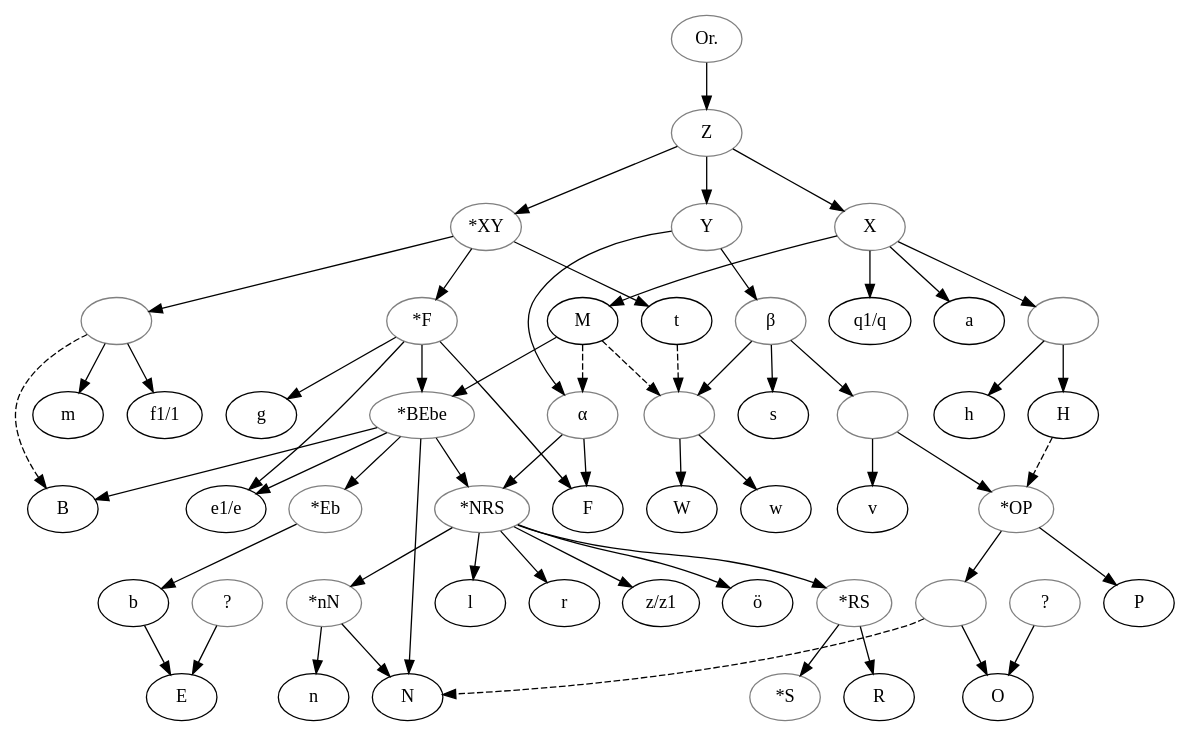
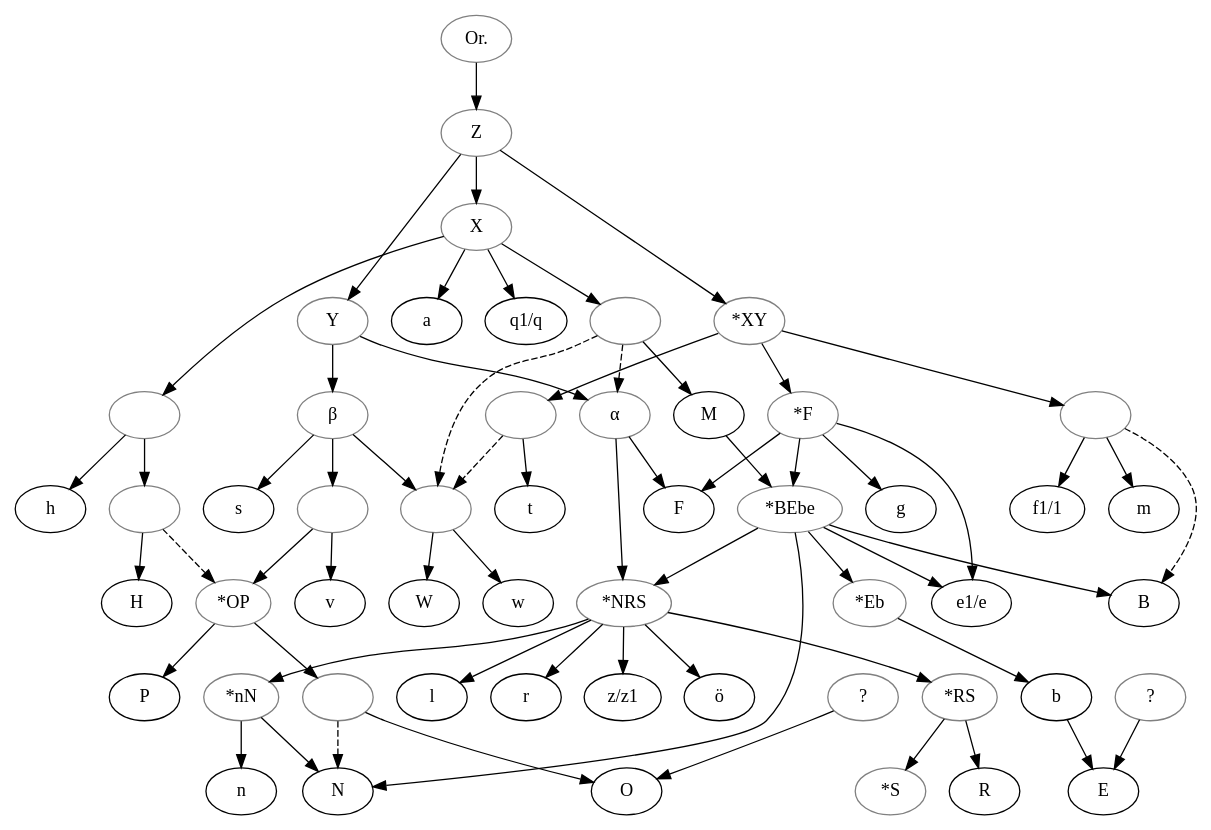
The diagram in data/gmh/Wetzel_1992_Tristan/stemma.gv (OpenStemmata/database), drawn with Graphviz before and after one commit.

Commit message:
Added hypothetical nodes of contaminations

```diff
--- a/data/gmh/Wetzel_1992_Tristan/stemma.gv
+++ b/data/gmh/Wetzel_1992_Tristan/stemma.gv
@@ -1,114 +1,120 @@
-
 digraph {
 
     original[color="grey", label="Or."]
     archetyp[color="grey", label="Z"]
     X[color="grey"]
     starXY[color="grey", label="*XY"]
     Y[color="grey"]
     1[color="grey", label=""]
     q1slashq[label="q1/q"]
     2[color="grey", label=""]
     f1slashf[label="f1/1"]
     starF[color="grey", label="*F"]
     alpha[color="grey", label="α"]
     beta[color="grey", label="β"]
     starBEbe[color="grey", label="*BEbe"]
     starEb[color="grey", label="*Eb"]
     questionprime[color="grey", label="?"]
     e1slashe[label="e1/e"]
     starNRS[color="grey", label="*NRS"]
     starnN[color="grey", label="*nN"]
     zslashz1[label="z/z1"]
     oe[label="ö"]
     starRS[color="grey", label="*RS"]
     starS[color="grey", label="*S"]
     4[color="grey", label=""]
     5[color="grey", label=""]
     starOP[color="grey", label="*OP"]
     questionsec[color="grey", label="?"]
     6[color="grey", label=""]
 
+	preH[color="grey", label=""]
+	preM[color="grey", label=""]     pret[color="grey", label=""]
+	
+
    original -> archetyp
    archetyp -> X
    archetyp -> starXY
    archetyp -> Y
 
    X -> 1
    X -> a
    X -> q1slashq
-   X -> M
+   X -> preM
+   preM -> M
 
-   1 -> H
+   1 -> preH
+   preH -> H
    1 -> h
-   
+
    starXY -> 2
    starXY -> starF
-   starXY -> t
-   
+   starXY -> pret
+   pret -> t
+
    2 -> m
    2 -> f1slashf
 
    Y -> beta
    Y -> alpha
 
    M -> starBEbe
 
    starF -> starBEbe
    starF -> e1slashe
    starF -> F
    starF -> g
 
    starBEbe -> starEb
    starBEbe -> e1slashe
    starBEbe -> N
    starBEbe -> starNRS
    starBEbe -> B
 
    starEb -> b
 
    b -> E
 
    questionprime -> E
 
    alpha -> F 
    alpha -> starNRS
 
    starNRS -> starnN
    starNRS -> l
    starNRS -> r
    starNRS -> zslashz1
    starNRS -> oe
    starNRS -> starRS
 
    starnN -> n
    starnN -> N
 
    starRS -> R
    starRS -> starS
 
    beta -> s
    beta -> 5
    beta -> 4
 
    4 -> w
    4 -> W
 
    5 -> v
    5 -> starOP
 
    starOP -> P
    starOP -> 6
 
    6 -> O
 
    questionsec -> O
 
-   H -> starOP [style="dashed"]
-   M -> alpha [style="dashed"]
-   M -> 4 [style="dashed"]
+   preH -> starOP [style="dashed"]
+   preM -> alpha [style="dashed"]
+   preM -> 4 [style="dashed"]
    2 -> B [style="dashed"]
-   t -> 4 [style="dashed"]
+   pret -> 4 [style="dashed"]
    6 -> N [style="dashed"]
 
 }
```
